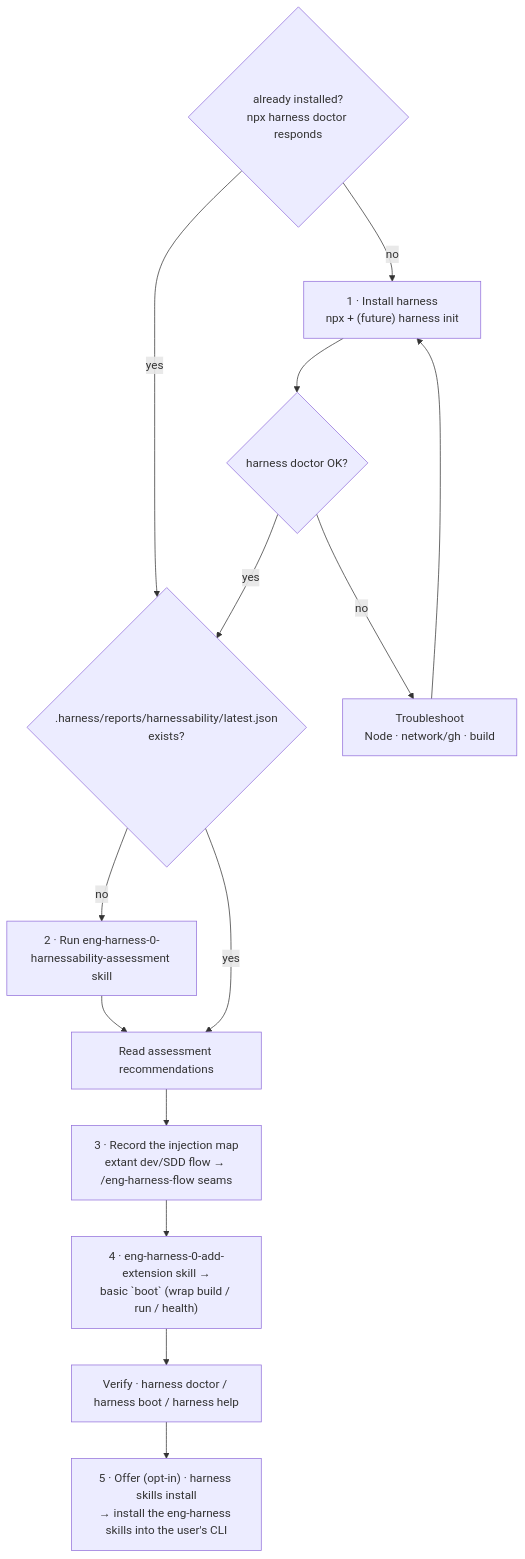
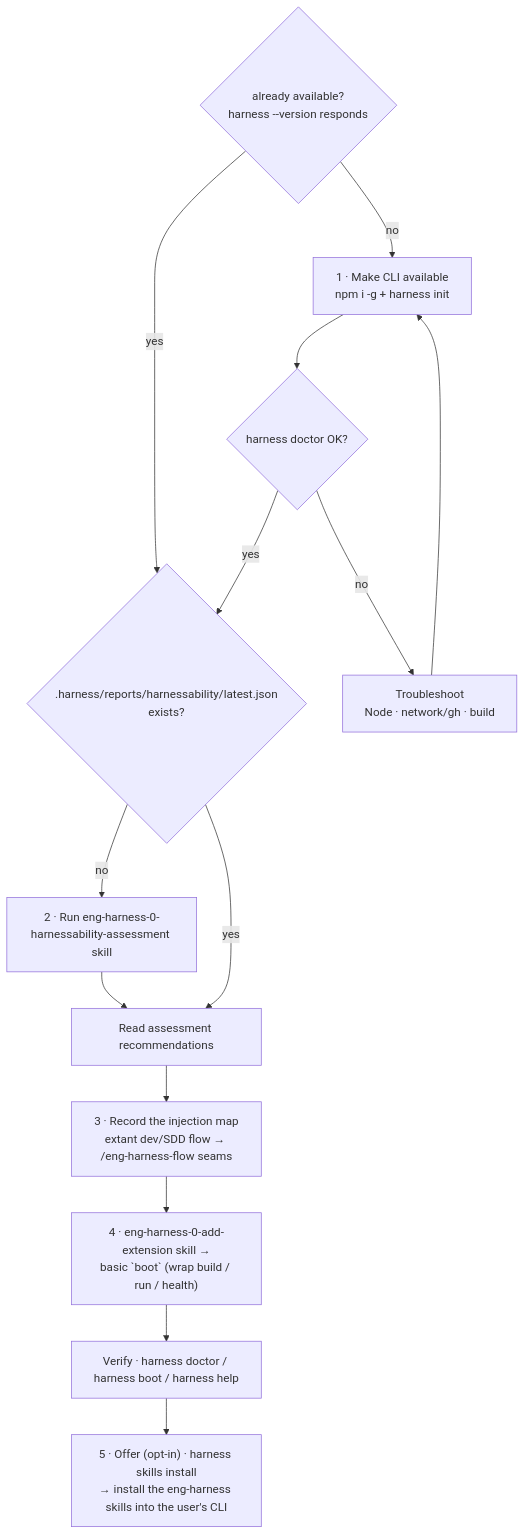
Before and after one commit to AI-Substrate/harness-engineering: the diagram in skills/eng-harness-setup/eng-harness-0-adopt/SKILL.md, drawn with Mermaid. The commit also changed other lines of this file and 108 other files, not shown here.

````diff
--- a/skills/eng-harness-setup/eng-harness-0-adopt/SKILL.md
+++ b/skills/eng-harness-setup/eng-harness-0-adopt/SKILL.md
@@ -15,13 +15,13 @@
 ```mermaid
 flowchart TD
-    P{"already installed?<br/>npx harness doctor responds"} -- yes --> C
-    P -- no --> A["1 · Install harness<br/>npx + (future) harness init"] --> Ad{harness doctor OK?}
+    P{"already available?<br/>harness --version responds"} -- yes --> C
+    P -- no --> A["1 · Make CLI available<br/>npm i -g + harness init"] --> Ad{harness doctor OK?}
     Ad -- no --> At["Troubleshoot<br/>Node · network/gh · build"] --> A
     Ad -- yes --> C{".harness/reports/harnessability/latest.json<br/>exists?"}
     C -- no --> D["2 · Run eng-harness-0-harnessability-assessment skill"] --> E
     C -- yes --> E["Read assessment recommendations"]
     E --> I["3 · Record the injection map<br/>extant dev/SDD flow → /eng-harness-flow seams"]
     I --> F["4 · eng-harness-0-add-extension skill →<br/>basic `boot` (wrap build / run / health)"]
     F --> V["Verify · harness doctor / harness boot / harness help"]
     V --> S["5 · Offer (opt-in) · harness skills install<br/>→ install the eng-harness skills into the user's CLI"]
 ```
````
